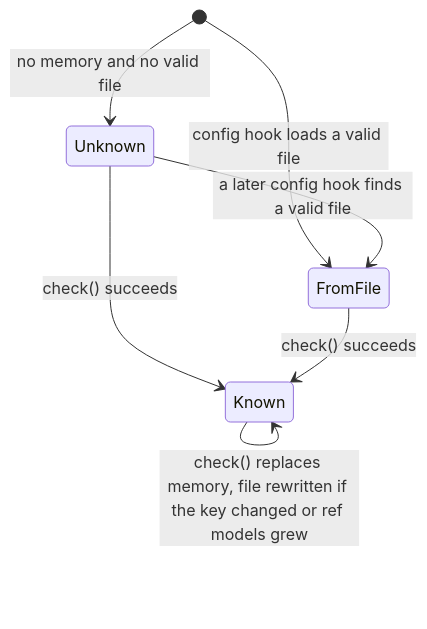
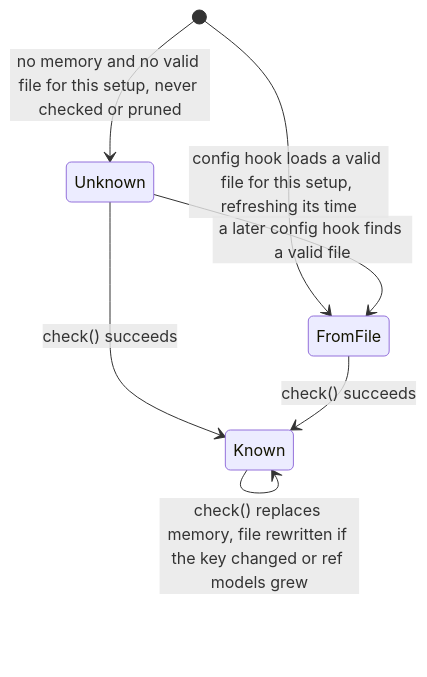
Before and after one commit to lunchbox-labs/kilo-model-profiles: the second of 6 diagrams in docs/state-machines.md, drawn with Mermaid. The commit also changed other lines of this file and 6 other files, not shown here.

````diff
--- a/docs/state-machines.md
+++ b/docs/state-machines.md
@@ -64,9 +66,9 @@
 ```mermaid
 stateDiagram-v2
-    [*] --> Unknown: no memory and no valid file
-    [*] --> FromFile: config hook loads a valid file
+    [*] --> Unknown: no memory and no valid file for this setup, never checked or pruned
+    [*] --> FromFile: config hook loads a valid file for this setup, refreshing its time
     Unknown --> FromFile: a later config hook finds a valid file
     Unknown --> Known: check() succeeds
     FromFile --> Known: check() succeeds
     Known --> Known: check() replaces memory, file rewritten if the key changed or ref models grew
 ```
````
